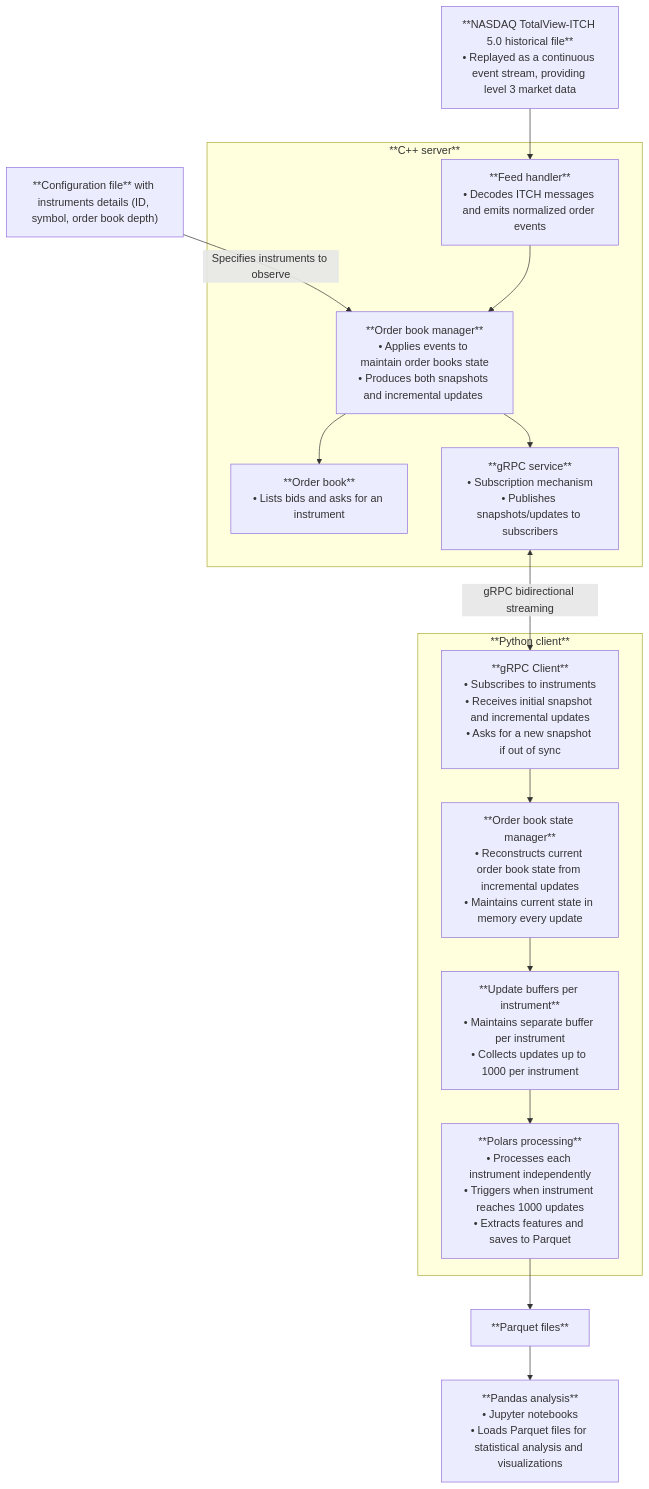
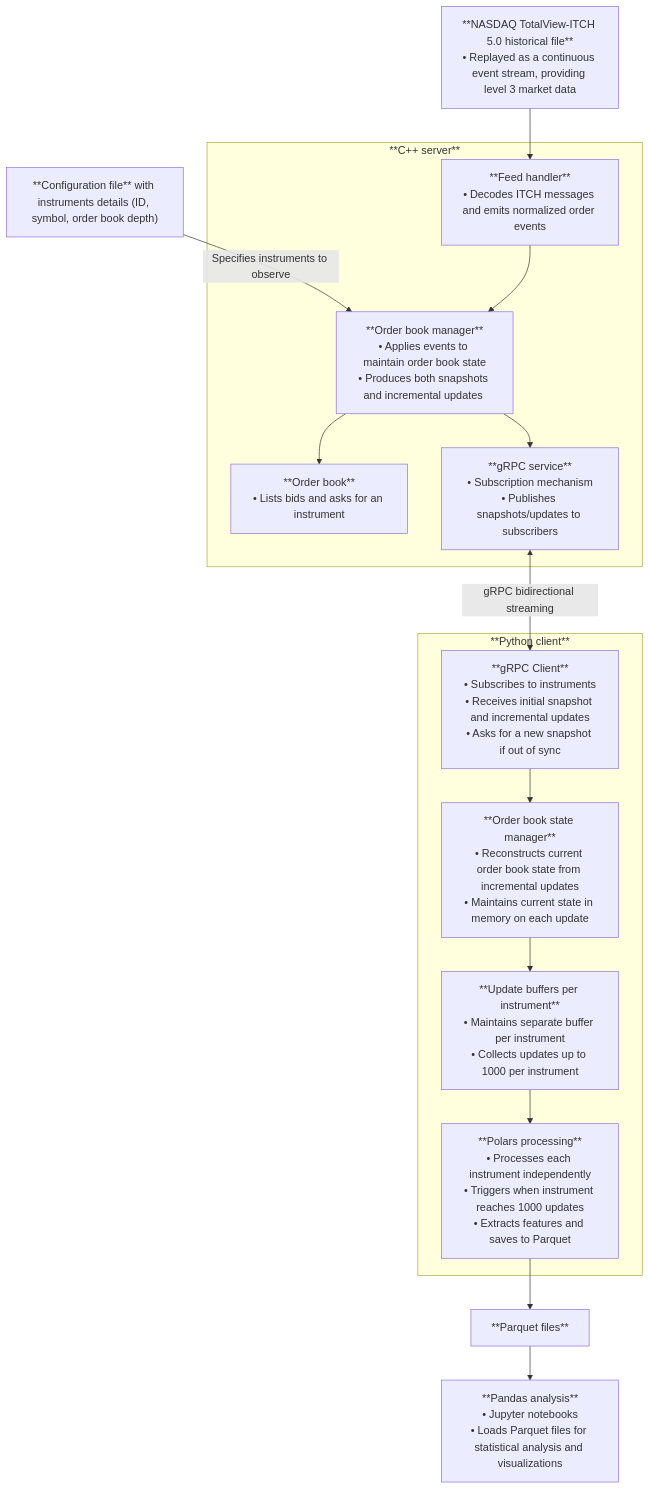
Before and after one commit to sephorah/market-data-pipeline: the first of 2 diagrams in README.md, drawn with Mermaid.

````diff
--- a/README.md
+++ b/README.md
@@ -7,45 +7,45 @@
 ```mermaid
 flowchart TD
 
     config_file["**Configuration file** with instruments details (ID, symbol, order book depth)"]
     
     nasdaq_itch_file[**NASDAQ TotalView-ITCH 5.0 historical file**<br/>• Replayed as a continuous event stream, providing level 3 market data]
 
     subgraph cpp_server[**C++ server**]
 
         feed_handler["**Feed handler**<br/>• Decodes ITCH messages and emits normalized order events"]
 
-        order_book_manager[**Order book manager**<br/>• Applies events to maintain order books state<br/>• Produces both snapshots and incremental updates <br/>]
+        order_book_manager[**Order book manager**<br/>• Applies events to maintain order book state<br/>• Produces both snapshots and incremental updates <br/>]
         
         order_book[**Order book**<br/>• Lists bids and asks for an instrument]
 
         grpc_service[**gRPC service**<br/>• Subscription mechanism<br/>• Publishes snapshots/updates to subscribers]
     end
 
     subgraph python_client[**Python client**]
         grpc_client[**gRPC Client**<br/>• Subscribes to instruments<br/>• Receives initial snapshot and incremental updates<br/>• Asks for a new snapshot if out of sync]
 
-        order_book_state_manager[**Order book state manager**<br/>• Reconstructs current order book state from incremental updates<br/>• Maintains current state in memory every update]
+        order_book_state_manager[**Order book state manager**<br/>• Reconstructs current order book state from incremental updates<br/>• Maintains current state in memory on each update]
 
         update_buffers[**Update buffers per instrument**<br/>• Maintains separate buffer per instrument<br/>• Collects updates up to 1000 per instrument]
 
         polars_processing[**Polars processing**<br/>• Processes each instrument independently<br/>• Triggers when instrument reaches 1000 updates<br/>• Extracts features and saves to Parquet]
     end
 
     parquet_files[**Parquet files**]
     
     pandas_analysis[**Pandas analysis**<br/>• Jupyter notebooks<br/>• Loads Parquet files for statistical analysis and visualizations]
 
 
     config_file -->|Specifies instruments to observe| order_book_manager
     grpc_service <-->|gRPC bidirectional streaming| grpc_client
     order_book_manager --> order_book
     order_book_manager --> grpc_service
     nasdaq_itch_file --> feed_handler
     feed_handler --> order_book_manager
     grpc_client --> order_book_state_manager
     order_book_state_manager --> update_buffers
     update_buffers --> polars_processing
     polars_processing --> parquet_files
     parquet_files --> pandas_analysis
 ```
````
